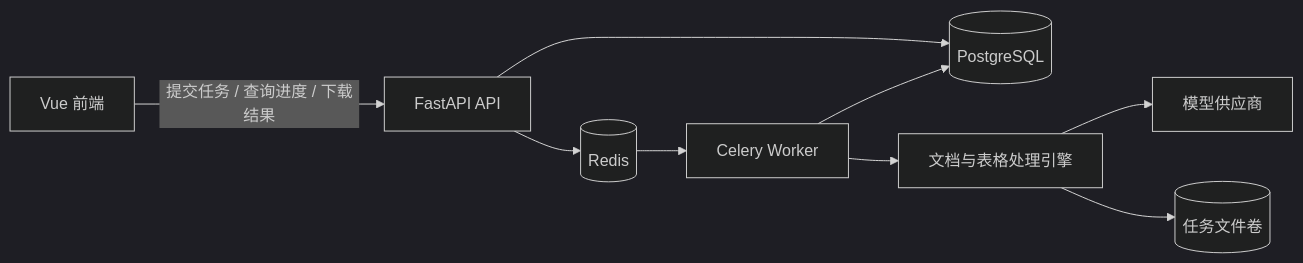
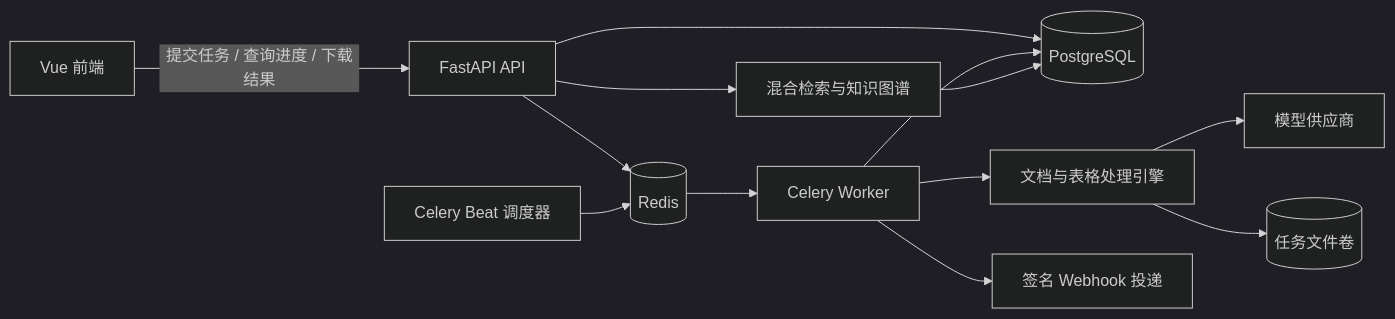
One commit to Taylor-Lai/QuintAI changed the diagram in docs/architecture/overview.md. Above: the diagram before and after it, drawn with Mermaid (dark theme). The commit also changed other lines of this file and 126 other files, not shown here.

````diff
--- a/docs/architecture/overview.md
+++ b/docs/architecture/overview.md
@@ -3,11 +3,15 @@
 ```mermaid
 flowchart LR
     Web["Vue 前端"] -->|"提交任务 / 查询进度 / 下载结果"| API["FastAPI API"]
     API --> PG[("PostgreSQL")]
     API --> Redis[("Redis")]
     Redis --> Worker["Celery Worker"]
+    Scheduler["Celery Beat 调度器"] --> Redis
     Worker --> AI["文档与表格处理引擎"]
     Worker --> PG
+    Worker --> Webhook["签名 Webhook 投递"]
     AI --> LLM["模型供应商"]
     AI --> Files[("任务文件卷")]
+    API --> Knowledge["混合检索与知识图谱"]
+    Knowledge --> PG
 ```
````
